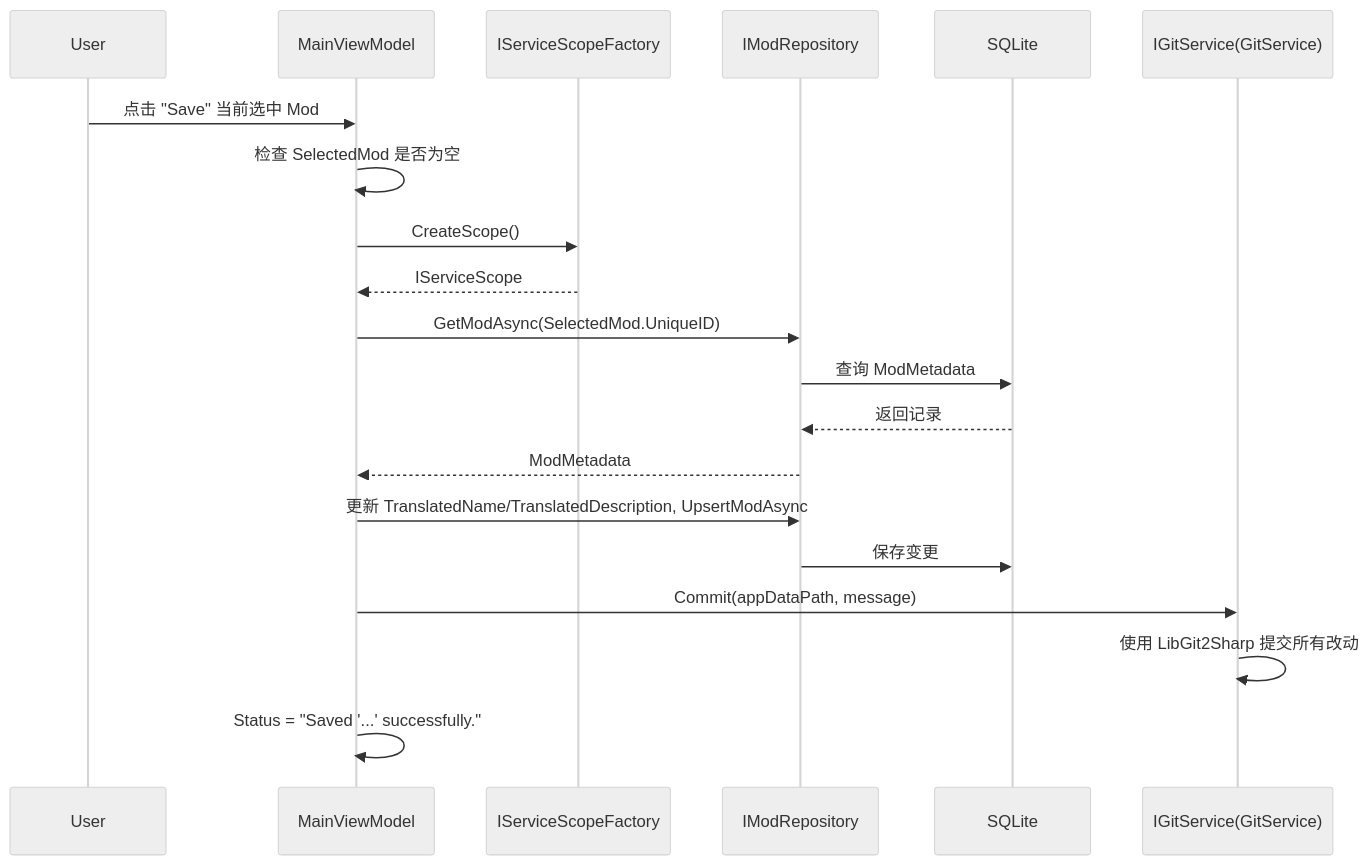
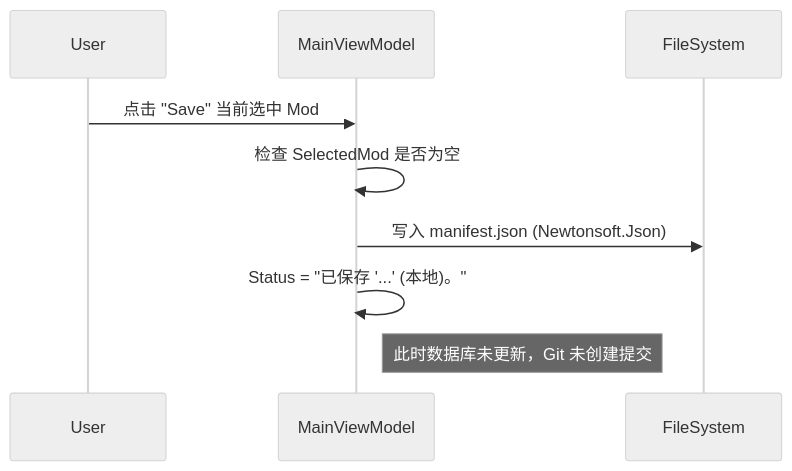
One commit to Sisyphean-a/SMTMS changed the seventh of 10 diagrams in docs/ARCHITECTURE.md. Above: the diagram before and after it, drawn with Mermaid (neutral theme). The commit also changed other lines of this file and 6 other files, not shown here.

````diff
--- a/docs/ARCHITECTURE.md
+++ b/docs/ARCHITECTURE.md
@@ -188,27 +194,13 @@
 ```mermaid
 sequenceDiagram
     participant U as User
     participant VM as MainViewModel
-    participant Scope as IServiceScopeFactory
-    participant Repo as IModRepository
-    participant DB as SQLite
-    participant Git as IGitService(GitService)
+    participant FS as FileSystem
 
     U->>VM: 点击 "Save" 当前选中 Mod
     VM->>VM: 检查 SelectedMod 是否为空
-    VM->>Scope: CreateScope()
-    Scope-->>VM: IServiceScope
 
-    VM->>Repo: GetModAsync(SelectedMod.UniqueID)
-    Repo->>DB: 查询 ModMetadata
-    DB-->>Repo: 返回记录
-    Repo-->>VM: ModMetadata
-
-    VM->>Repo: 更新 TranslatedName/TranslatedDescription, UpsertModAsync
-    Repo->>DB: 保存变更
-
-    VM->>Git: Commit(appDataPath, message)
-    Git->>Git: 使用 LibGit2Sharp 提交所有改动
-
-    VM->>VM: Status = "Saved '...' successfully."
+    VM->>FS: 写入 manifest.json (Newtonsoft.Json)
+    VM->>VM: Status = "已保存 '...' (本地)。"
+    note right of VM: 此时数据库未更新，Git 未创建提交
 ```
````
